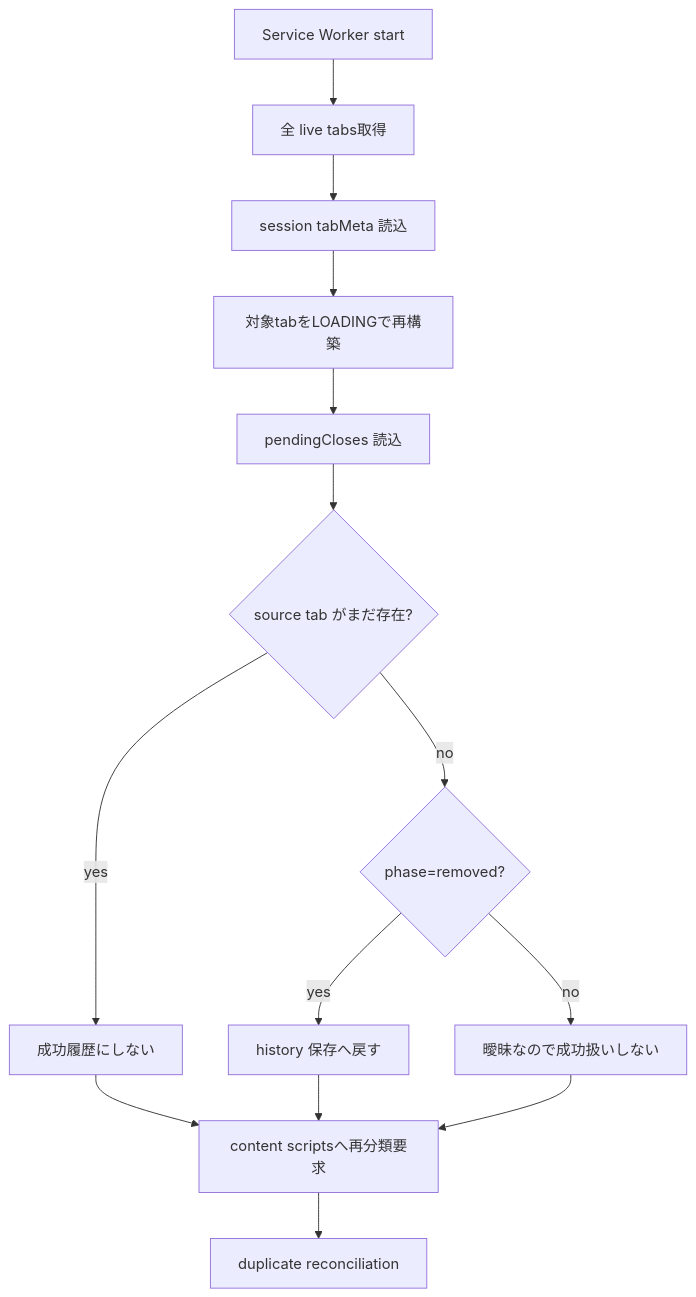
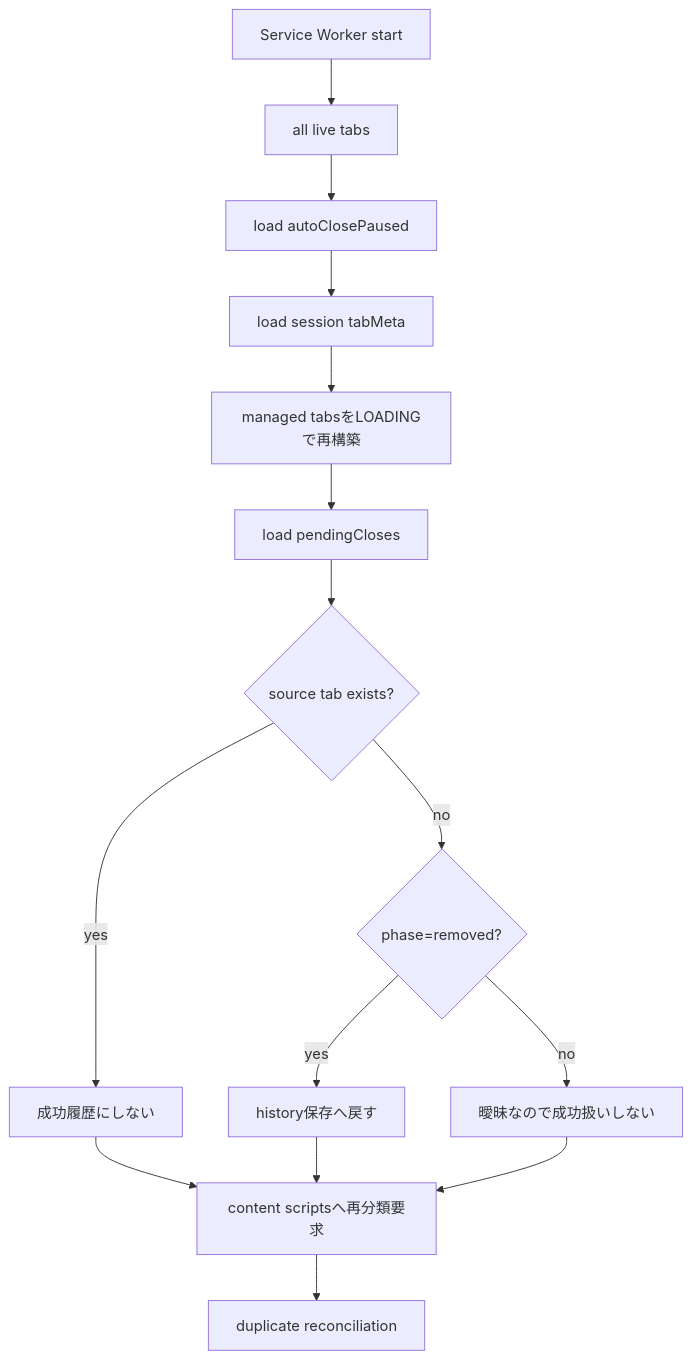
One commit to Hoyomaru/gofile-tab-manager changed the fifth of 5 diagrams in docs/ARCHITECTURE.md. Above: the diagram before and after it, drawn with Mermaid. The commit also changed other lines of this file and 8 other files, not shown here.

````diff
--- a/docs/ARCHITECTURE.md
+++ b/docs/ARCHITECTURE.md
@@ -313,16 +380,17 @@
 ```mermaid
 flowchart TD
-    Boot[Service Worker start] --> Tabs[全 live tabs取得]
-    Tabs --> Meta[session tabMeta 読込]
-    Meta --> Rebuild[対象tabをLOADINGで再構築]
-    Rebuild --> Pending[pendingCloses 読込]
-    Pending --> Live{source tab がまだ存在?}
+    Boot[Service Worker start] --> Tabs[all live tabs]
+    Tabs --> Pause[load autoClosePaused]
+    Pause --> Meta[load session tabMeta]
+    Meta --> Rebuild[managed tabsをLOADINGで再構築]
+    Rebuild --> Pending[load pendingCloses]
+    Pending --> Live{source tab exists?}
     Live -- yes --> NoHistory[成功履歴にしない]
     Live -- no --> Removed{phase=removed?}
-    Removed -- yes --> RetryHistory[history 保存へ戻す]
+    Removed -- yes --> RetryHistory[history保存へ戻す]
     Removed -- no --> Ambiguous[曖昧なので成功扱いしない]
     RetryHistory --> Sync[content scriptsへ再分類要求]
     NoHistory --> Sync
     Ambiguous --> Sync
     Sync --> Dup[duplicate reconciliation]
 ```
````
